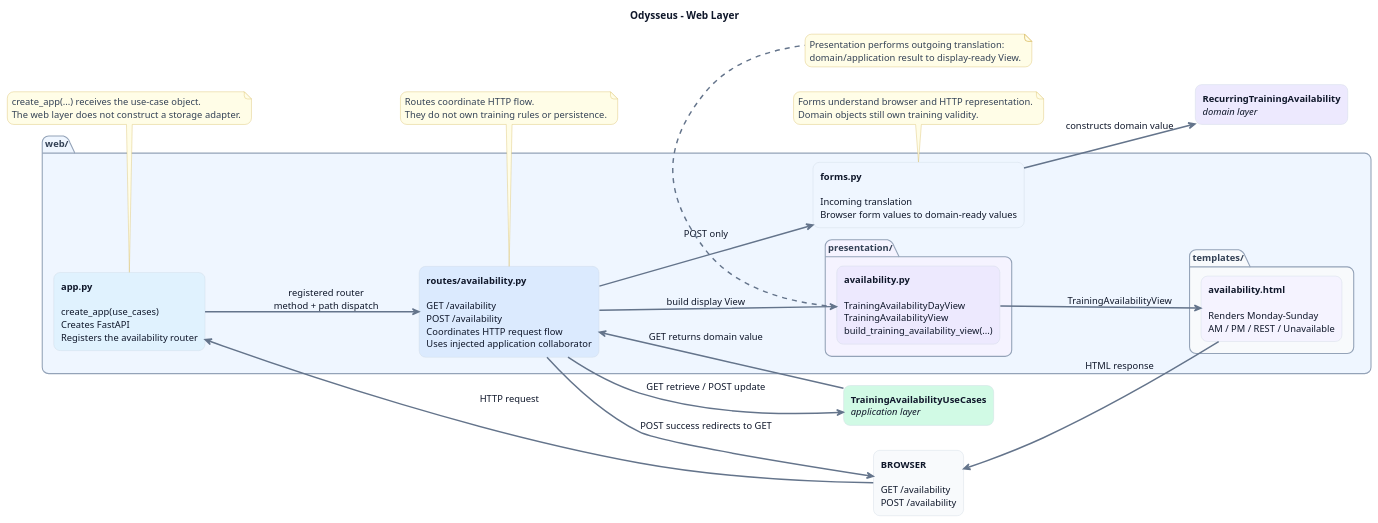
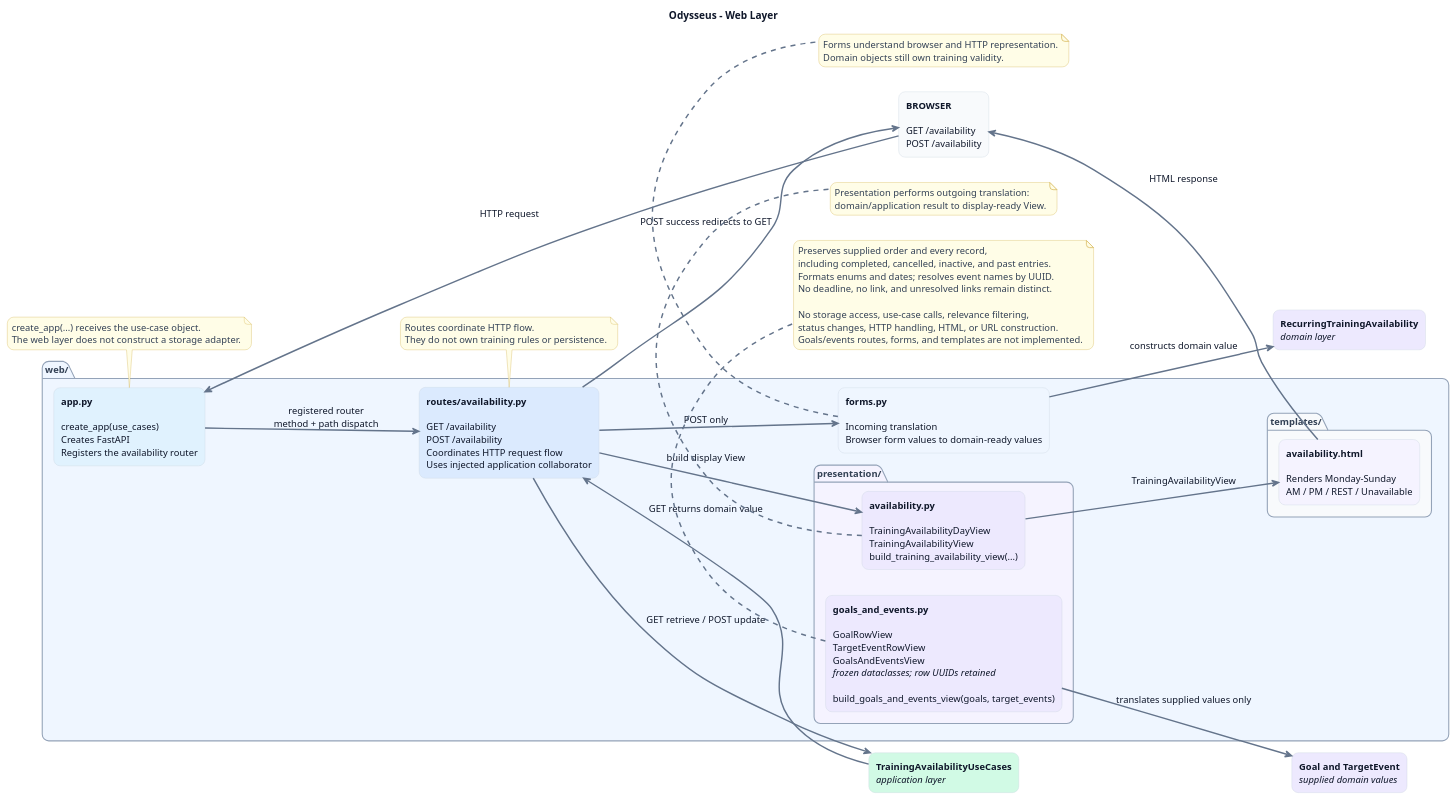
Before and after one commit to RedFrosty2/MC-portfolio: the diagram in apps/Odysseus/docs/architecture/diagrams/web-layer.puml, drawn with PlantUML. The commit also changed 3 other files, not shown here.

Commit message:
feat(odysseus): add goals and events presentation models

```diff
--- a/apps/Odysseus/docs/architecture/diagrams/web-layer.puml
+++ b/apps/Odysseus/docs/architecture/diagrams/web-layer.puml
@@ -1,89 +1,104 @@
 @startuml
 title Odysseus - Web Layer
 
 left to right direction
 hide empty description
 
 skinparam backgroundColor #FFFFFF
 skinparam shadowing false
 skinparam roundcorner 18
 skinparam ArrowColor #64748B
 skinparam ArrowThickness 2
 skinparam defaultFontName Arial
 skinparam defaultFontSize 13
 skinparam defaultFontColor #0F172A
 skinparam TitleFontColor #0F172A
 
 skinparam rectangle {
     BorderColor #CBD5E1
     FontColor #0F172A
 }
 
 skinparam package {
     BorderColor #94A3B8
     FontColor #334155
 }
 
 skinparam note {
     BackgroundColor #FFFDE7
     BorderColor #D6B656
     FontColor #334155
 }
 
 
 rectangle "<b>BROWSER</b>\n\nGET /availability\nPOST /availability" as Browser #F8FAFC
 
 package "web/" #EFF6FF {
     rectangle "<b>app.py</b>\n\ncreate_app(use_cases)\nCreates FastAPI\nRegisters the availability router" as App #E0F2FE
 
     rectangle "<b>routes/availability.py</b>\n\nGET /availability\nPOST /availability\nCoordinates HTTP request flow\nUses injected application collaborator" as Routes #DBEAFE
 
     rectangle "<b>forms.py</b>\n\nIncoming translation\nBrowser form values to domain-ready values" as Forms #EFF6FF
 
     package "presentation/" #F5F3FF {
         rectangle "<b>availability.py</b>\n\nTrainingAvailabilityDayView\nTrainingAvailabilityView\nbuild_training_availability_view(...)" as Presentation #EDE9FE
+
+        rectangle "<b>goals_and_events.py</b>\n\nGoalRowView\nTargetEventRowView\nGoalsAndEventsView\n<i>frozen dataclasses; row UUIDs retained</i>\n\nbuild_goals_and_events_view(goals, target_events)" as GoalsPresentation #EDE9FE
     }
 
     package "templates/" #F8FAFC {
         rectangle "<b>availability.html</b>\n\nRenders Monday-Sunday\nAM / PM / REST / Unavailable" as Template #F5F3FF
     }
 }
 
 rectangle "<b>TrainingAvailabilityUseCases</b>\n<i>application layer</i>" as UseCases #D1FAE5
 rectangle "<b>RecurringTrainingAvailability</b>\n<i>domain layer</i>" as Domain #EDE9FE
+rectangle "<b>Goal and TargetEvent</b>\n<i>supplied domain values</i>" as GoalsDomain #EDE9FE
 
 Browser --> App : HTTP request
 App --> Routes : registered router\nmethod + path dispatch
 
 Routes --> UseCases : GET retrieve / POST update
 Routes --> Forms : POST only
 Forms --> Domain : constructs domain value
 
 UseCases --> Routes : GET returns domain value
 Routes --> Presentation : build display View
 Presentation --> Template : TrainingAvailabilityView
+GoalsPresentation --> GoalsDomain : translates supplied values only
 Template --> Browser : HTML response
 
 Routes --> Browser : POST success redirects to GET
 
 note bottom of App
 create_app(...) receives the use-case object.
 The web layer does not construct a storage adapter.
 end note
 
 note bottom of Routes
 Routes coordinate HTTP flow.
 They do not own training rules or persistence.
 end note
 
 note bottom of Forms
 Forms understand browser and HTTP representation.
 Domain objects still own training validity.
 end note
 
 note bottom of Presentation
 Presentation performs outgoing translation:
 domain/application result to display-ready View.
 end note
 
+note bottom of GoalsPresentation
+Preserves supplied order and every record,
+including completed, cancelled, inactive, and past entries.
+Formats enums and dates; resolves event names by UUID.
+No deadline, no link, and unresolved links remain distinct.
+
+No storage access, use-case calls, relevance filtering,
+status changes, HTTP handling, HTML, or URL construction.
+Goals/events routes, forms, and templates are not implemented.
+end note
+
 @enduml
```
